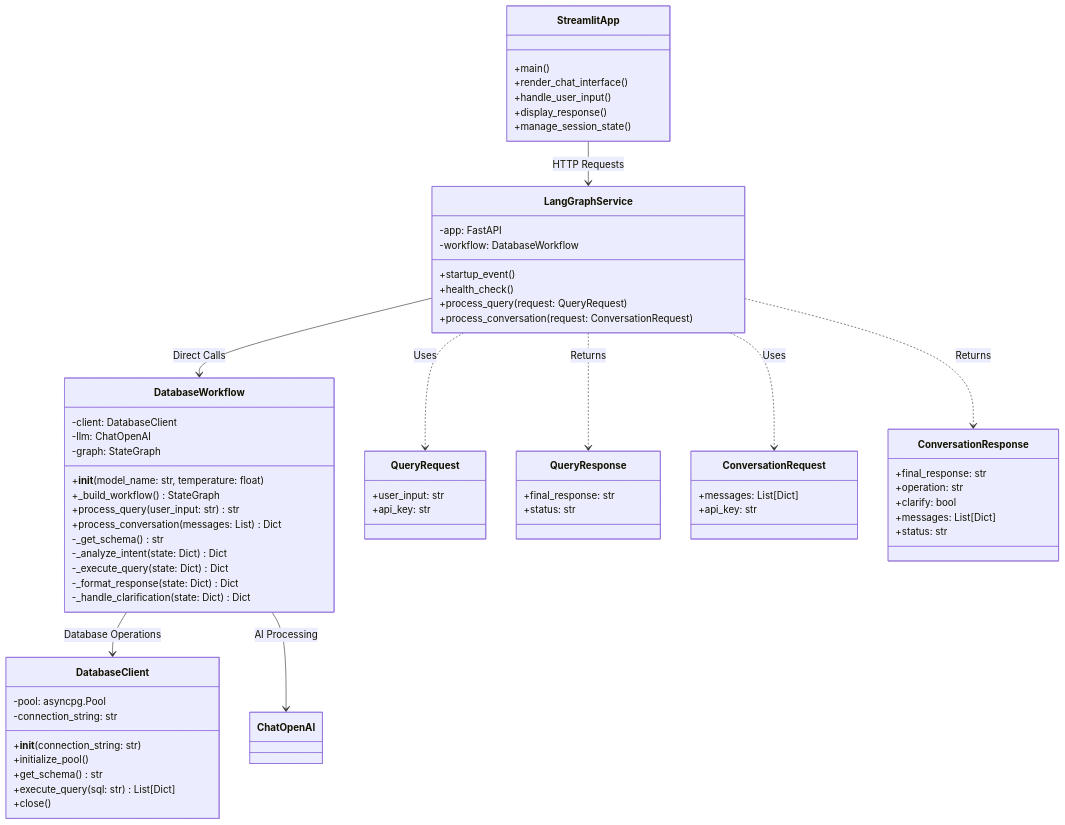
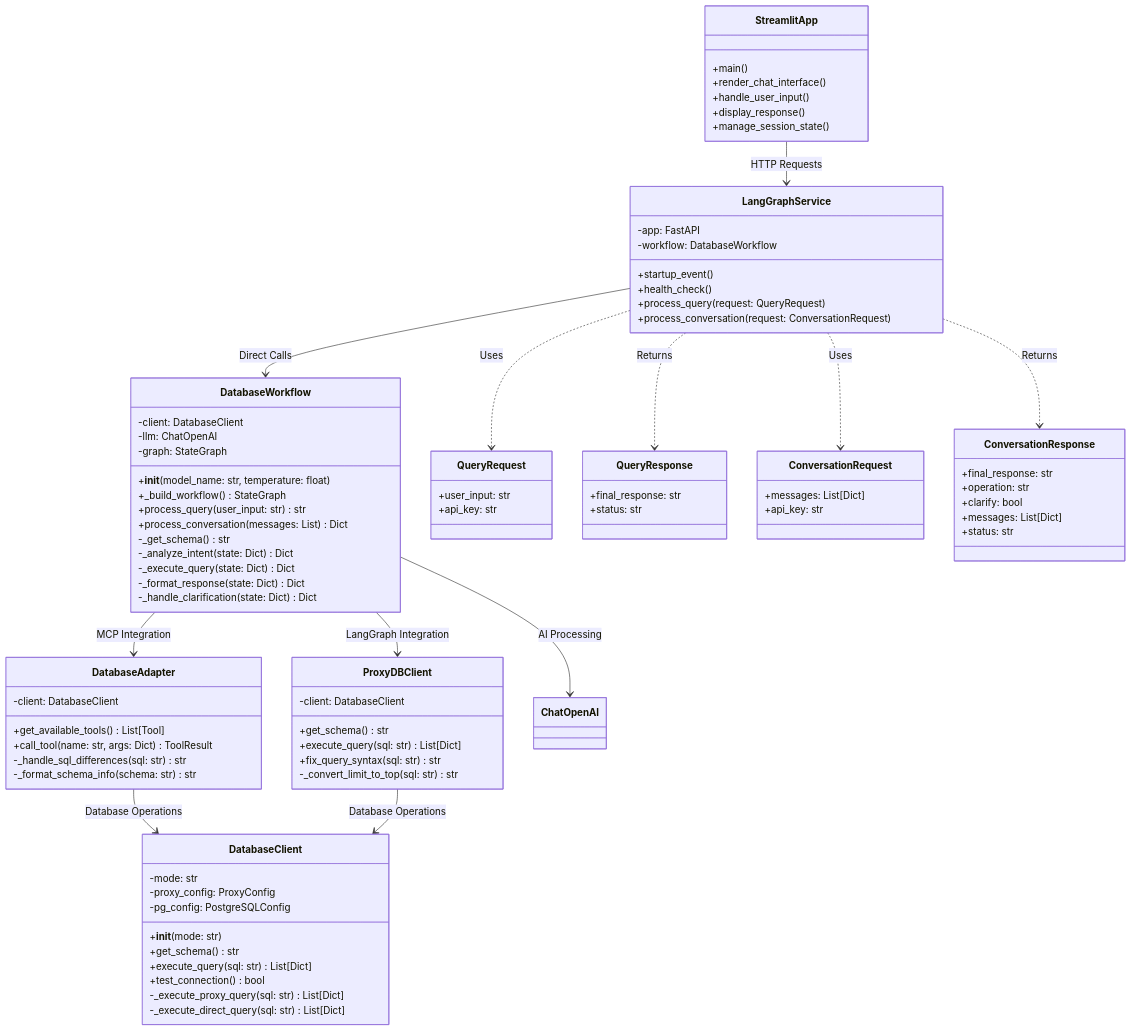
The third of 14 diagrams in adrs/0010-dynamic-erp-assistant-complete-system-architecture.md (julianus-kath/proactive-context-learning), drawn with Mermaid before and after one commit. The commit also changed other lines of this file and 8 other files, not shown here.

```diff
--- a/adrs/0010-dynamic-erp-assistant-complete-system-architecture.md
+++ b/adrs/0010-dynamic-erp-assistant-complete-system-architecture.md
@@ -148,13 +177,31 @@
     }
     
     class DatabaseClient {
-        -pool: asyncpg.Pool
-        -connection_string: str
-        +__init__(connection_string: str)
-        +initialize_pool()
+        -mode: str
+        -proxy_config: ProxyConfig
+        -pg_config: PostgreSQLConfig
+        +__init__(mode: str)
         +get_schema() str
         +execute_query(sql: str) List[Dict]
-        +close()
+        +test_connection() bool
+        -_execute_proxy_query(sql: str) List[Dict]
+        -_execute_direct_query(sql: str) List[Dict]
+    }
+    
+    class DatabaseAdapter {
+        -client: DatabaseClient
+        +get_available_tools() List[Tool]
+        +call_tool(name: str, args: Dict) ToolResult
+        -_handle_sql_differences(sql: str) str
+        -_format_schema_info(schema: str) str
+    }
+    
+    class ProxyDBClient {
+        -client: DatabaseClient
+        +get_schema() str
+        +execute_query(sql: str) List[Dict]
+        +fix_query_syntax(sql: str) str
+        -_convert_limit_to_top(sql: str) str
     }
     
     class QueryRequest {
@@ -182,7 +229,10 @@
     
     StreamlitApp --> LangGraphService : HTTP Requests
     LangGraphService --> DatabaseWorkflow : Direct Calls
-    DatabaseWorkflow --> DatabaseClient : Database Operations
+    DatabaseWorkflow --> DatabaseAdapter : MCP Integration
+    DatabaseWorkflow --> ProxyDBClient : LangGraph Integration
+    DatabaseAdapter --> DatabaseClient : Database Operations
+    ProxyDBClient --> DatabaseClient : Database Operations
     DatabaseWorkflow --> ChatOpenAI : AI Processing
     LangGraphService ..> QueryRequest : Uses
     LangGraphService ..> QueryResponse : Returns
```
